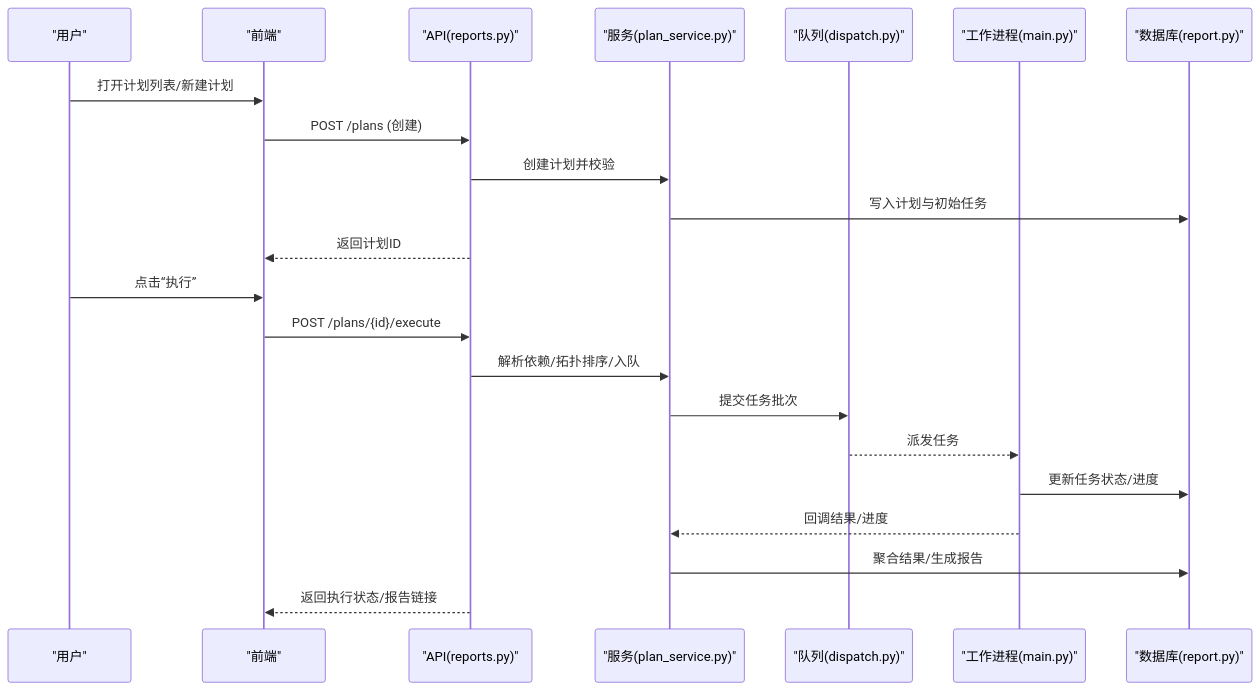
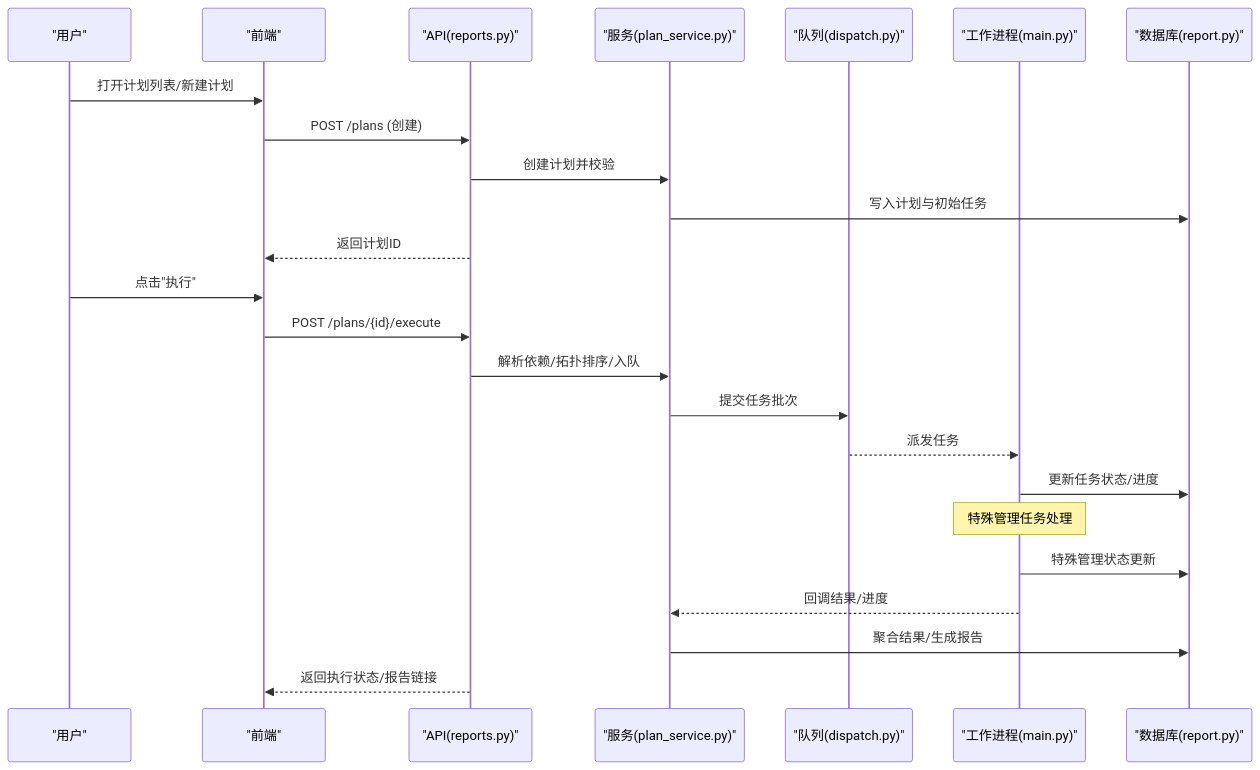
The second of 7 diagrams in .qoder/repowiki/zh/content/业务服务层/测试计划服务.md (vu1Art1st/talos), drawn with Mermaid before and after one commit. The commit also changed other lines of this file and 129 other files, not shown here.

````diff
--- a/.qoder/repowiki/zh/content/业务服务层/测试计划服务.md
+++ b/.qoder/repowiki/zh/content/业务服务层/测试计划服务.md
@@ -90,24 +110,26 @@
 ```mermaid
 sequenceDiagram
 participant U as "用户"
 participant FE as "前端"
 participant API as "API(reports.py)"
 participant S as "服务(plan_service.py)"
 participant Q as "队列(dispatch.py)"
 participant W as "工作进程(main.py)"
 participant DB as "数据库(report.py)"
 U->>FE : 打开计划列表/新建计划
 FE->>API : POST /plans (创建)
 API->>S : 创建计划并校验
 S->>DB : 写入计划与初始任务
 API-->>FE : 返回计划ID
-U->>FE : 点击“执行”
+U->>FE : 点击"执行"
 FE->>API : POST /plans/{id}/execute
 API->>S : 解析依赖/拓扑排序/入队
 S->>Q : 提交任务批次
 Q-->>W : 派发任务
 W->>DB : 更新任务状态/进度
+Note over W : 特殊管理任务处理
+W->>DB : 特殊管理状态更新
 W-->>S : 回调结果/进度
 S->>DB : 聚合结果/生成报告
 API-->>FE : 返回执行状态/报告链接
 ```
````
